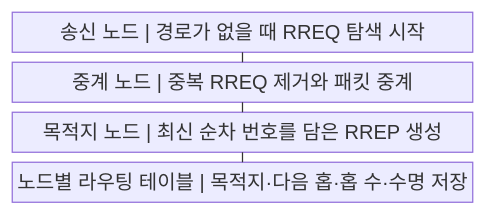
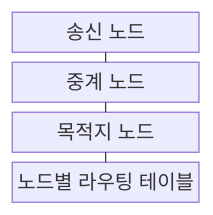
Before and after one commit to agnusdei1207/knowledge-base: the first of 2 diagrams in src/content/docs/notes/04-network/053_ad_hoc_aodv.md, drawn with Mermaid. The commit also changed 122 other files, not shown here.

````diff
--- a/src/content/docs/notes/04-network/053_ad_hoc_aodv.md
+++ b/src/content/docs/notes/04-network/053_ad_hoc_aodv.md
@@ -57,11 +57,11 @@
 ```mermaid
-block
+block-beta
     columns 1
-    A["송신 노드 | 경로가 없을 때 RREQ 탐색 시작"]
-    B["중계 노드 | 중복 RREQ 제거와 패킷 중계"]
-    C["목적지 노드 | 최신 순차 번호를 담은 RREP 생성"]
-    D["노드별 라우팅 테이블 | 목적지·다음 홉·홉 수·수명 저장"]
+    A["송신 노드"]
+    B["중계 노드"]
+    C["목적지 노드"]
+    D["노드별 라우팅 테이블"]
     A --- B
     B --- C
     C --- D
 ```
````
